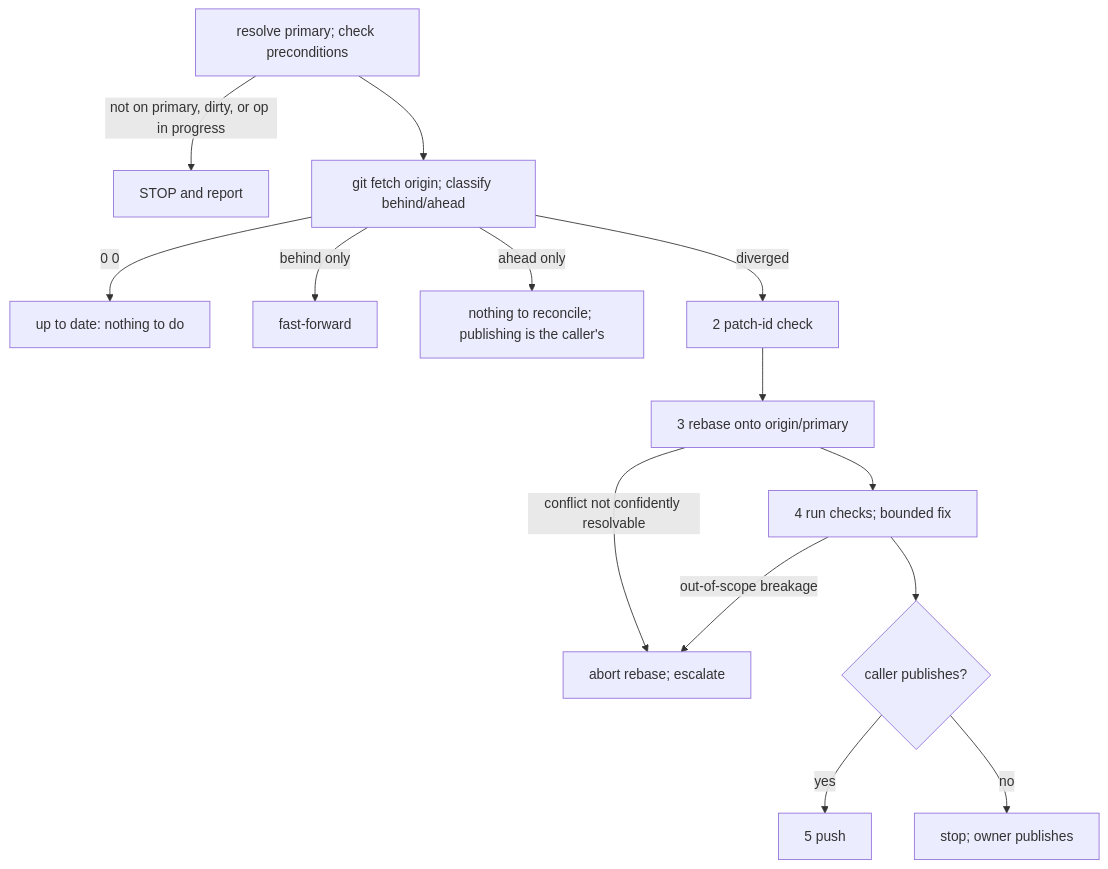
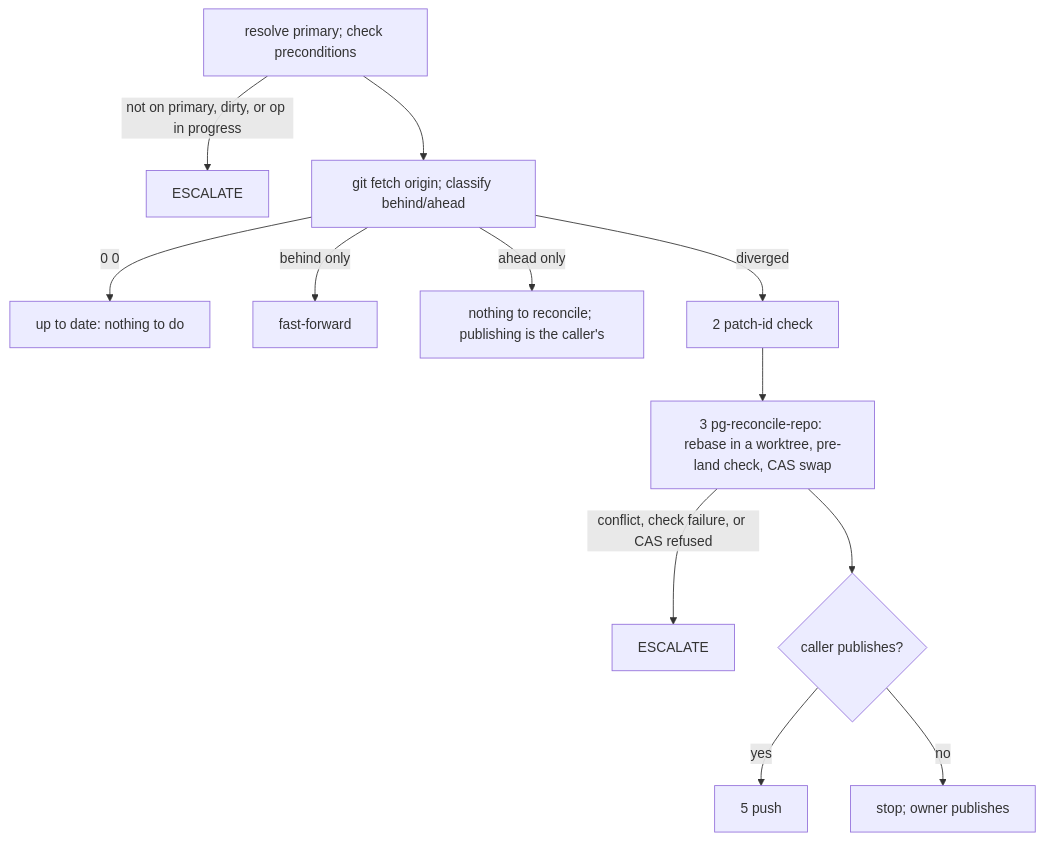
Before and after one commit to phillipgreenii/nix-repo-base: the diagram in pn-workspace-rules/skills/reconcile-repo/SKILL.md, drawn with Mermaid. The commit also changed other lines of this file and 6 other files, not shown here.

First line of the commit message:
feat(pn-workspace-rules): reconcile a diverged repo in a worktree, swap main by compare-and-swap

````diff
--- a/pn-workspace-rules/skills/reconcile-repo/SKILL.md
+++ b/pn-workspace-rules/skills/reconcile-repo/SKILL.md
@@ -38,16 +52,14 @@
 ```mermaid
 flowchart TD
-  A["resolve primary; check preconditions"] -->|"not on primary, dirty, or op in progress"| X["STOP and report"]
+  A["resolve primary; check preconditions"] -->|"not on primary, dirty, or op in progress"| X["ESCALATE"]
   A --> B["git fetch origin; classify behind/ahead"]
   B -->|"0 0"| N["up to date: nothing to do"]
   B -->|"behind only"| F["fast-forward"]
   B -->|"ahead only"| P["nothing to reconcile; publishing is the caller's"]
   B -->|"diverged"| C["2 patch-id check"]
-  C --> D["3 rebase onto origin/primary"]
-  D -->|"conflict not confidently resolvable"| E["abort rebase; escalate"]
-  D --> G["4 run checks; bounded fix"]
-  G -->|"out-of-scope breakage"| E
-  G --> H{"caller publishes?"}
+  C --> D["3 pg-reconcile-repo: rebase in a worktree, pre-land check, CAS swap"]
+  D -->|"conflict, check failure, or CAS refused"| E["ESCALATE"]
+  D --> H{"caller publishes?"}
   H -->|yes| I["5 push"]
   H -->|no| J["stop; owner publishes"]
 ```
````
